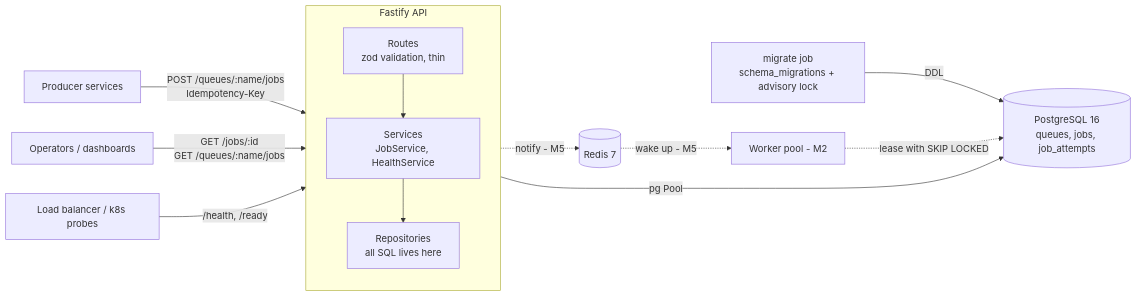
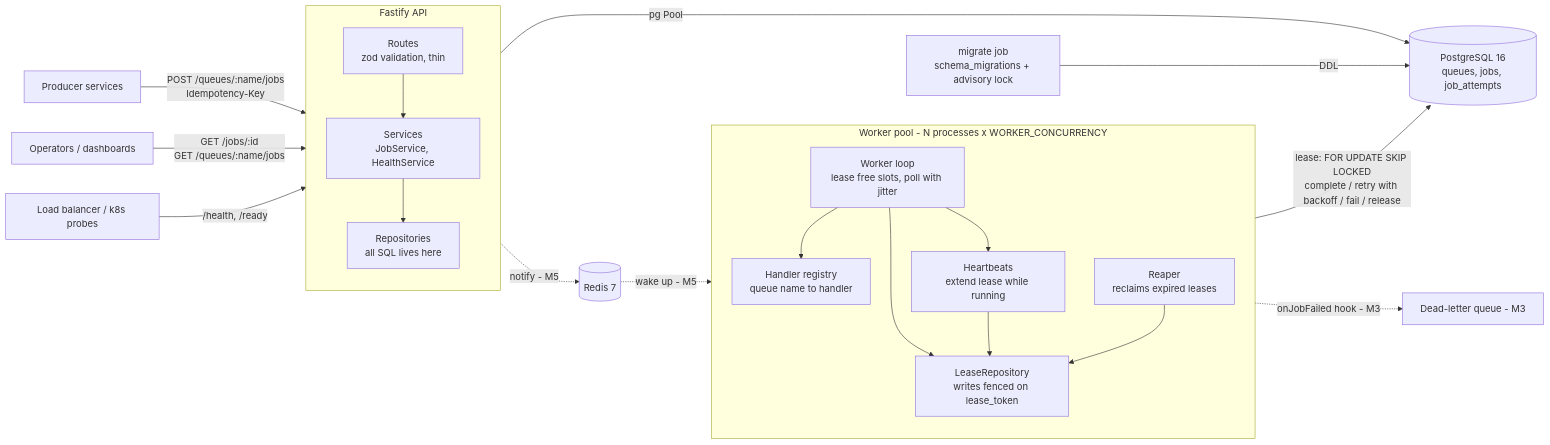
One commit to smraddhi18/pulsequeue changed the first of 5 diagrams in README.md. Above: the diagram before and after it, drawn with Mermaid. The commit also changed other lines of this file and 5 other files, not shown here.

````diff
--- a/README.md
+++ b/README.md
@@ -9,19 +9,30 @@
 ```mermaid
 flowchart LR
     P[Producer services] -->|"POST /queues/:name/jobs<br/>Idempotency-Key"| API
     O[Operators / dashboards] -->|"GET /jobs/:id<br/>GET /queues/:name/jobs"| API
     LB[Load balancer / k8s probes] -->|"/health, /ready"| API
 
     subgraph API[Fastify API]
         direction TB
         RT[Routes<br/>zod validation, thin] --> SV[Services<br/>JobService, HealthService]
         SV --> RP[Repositories<br/>all SQL lives here]
     end
 
     RP -->|pg Pool| PG[(PostgreSQL 16<br/>queues, jobs, job_attempts)]
     MG[migrate job<br/>schema_migrations + advisory lock] -->|DDL| PG
 
-    W[Worker pool - M2] -.->|lease with SKIP LOCKED| PG
+    subgraph WP[Worker pool - N processes x WORKER_CONCURRENCY]
+        direction TB
+        WL[Worker loop<br/>lease free slots, poll with jitter] --> HR["Handler registry<br/>queue name to handler"]
+        WL --> HB[Heartbeats<br/>extend lease while running]
+        RE[Reaper<br/>reclaims expired leases]
+        WL --> LR[LeaseRepository<br/>writes fenced on lease_token]
+        HB --> LR
+        RE --> LR
+    end
+
+    LR -->|"lease: FOR UPDATE SKIP LOCKED<br/>complete / retry with backoff / fail / release"| PG
+    WP -.->|onJobFailed hook - M3| DLQ[Dead-letter queue - M3]
     API -.->|notify - M5| R[(Redis 7)]
-    R -.->|wake up - M5| W
+    R -.->|wake up - M5| WP
 ```
````
